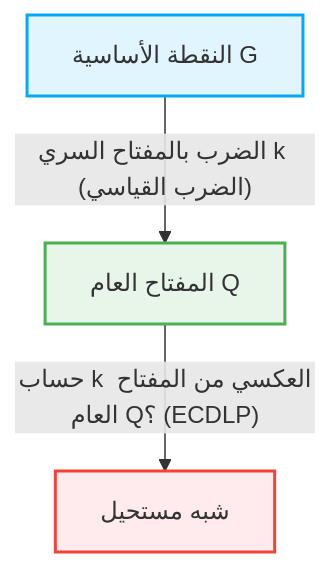
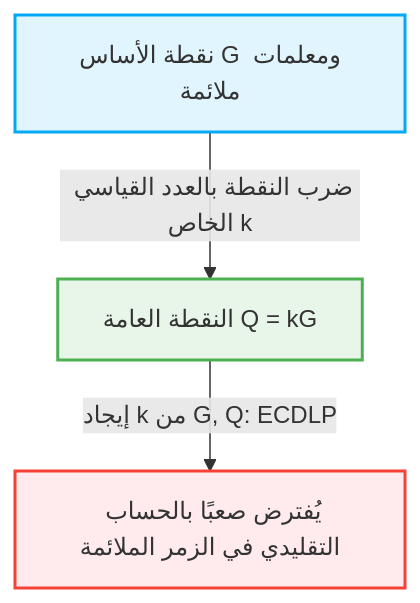
Before and after one commit to kenjinote/blog: the second of 2 diagrams in content/post/public-key-cryptography-rsa-ecc/index.ar.md, drawn with Mermaid. The commit also changed other lines of this file and 5 other files, not shown here.

````diff
--- a/content/post/public-key-cryptography-rsa-ecc/index.ar.md
+++ b/content/post/public-key-cryptography-rsa-ecc/index.ar.md
@@ -123,8 +165,8 @@
 ```mermaid
 graph TD
-    A["النقطة الأساسية G"] -- "الضرب بالمفتاح السري k (الضرب القياسي)" --> B["المفتاح العام Q"]
-    B -- "حساب k العكسي من المفتاح العام Q؟ (ECDLP)" --> C["شبه مستحيل"]
+    A["نقطة الأساس G ومعلمات ملائمة"] -->|"ضرب النقطة بالعدد القياسي الخاص k"| B["النقطة العامة Q = kG"]
+    B -->|"إيجاد k من G, Q: ECDLP"| C["يُفترض صعبًا بالحساب التقليدي في الزمر الملائمة"]
     style A fill:#e1f5fe,stroke:#03a9f4,stroke-width:2px
     style B fill:#e8f5e9,stroke:#4caf50,stroke-width:2px
     style C fill:#ffebee,stroke:#f44336,stroke-width:2px
 ```
````
